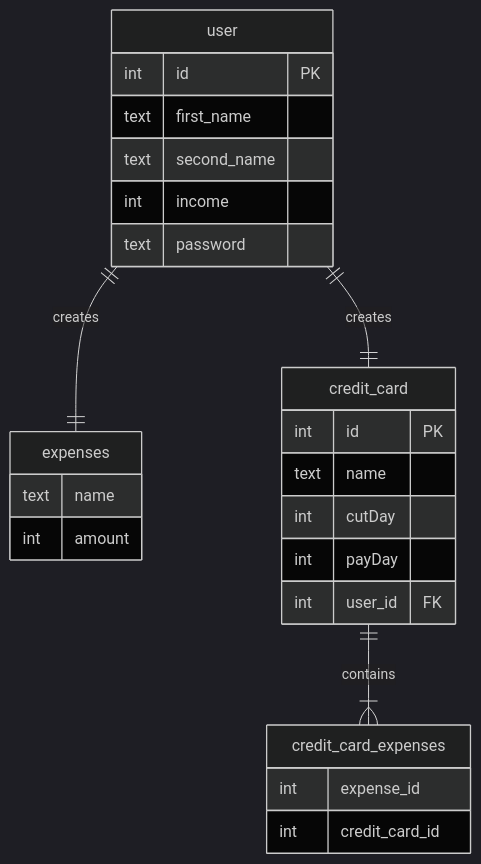
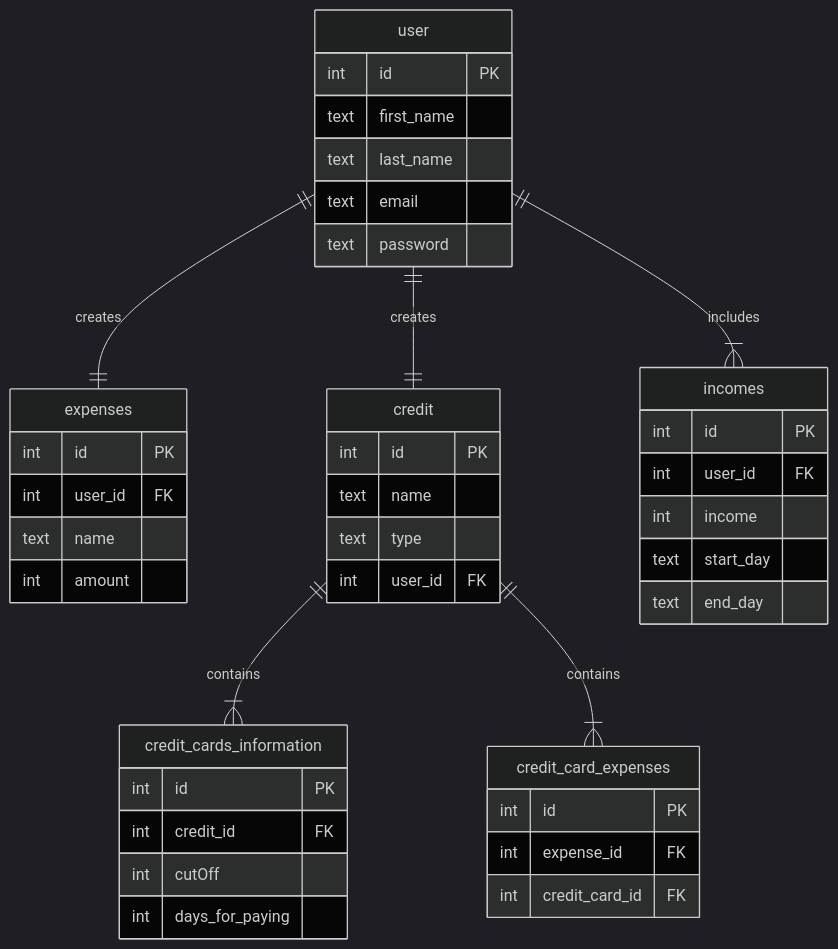
One commit to AguilarAS/track-expenses changed the second of 2 diagrams in README.md. Above: the diagram before and after it, drawn with Mermaid. The commit also changed other lines of this file, not shown here.

````diff
--- a/README.md
+++ b/README.md
@@ -47,32 +47,49 @@
 ```mermaid
 %%{init: {'theme':'dark'}}%%
 erDiagram
     user ||--|| expenses : creates
-    user ||--|| credit_card : creates
+    user ||--|| credit : creates
+    user ||--|{ incomes : includes
     user {
         int id PK
         text first_name
-        text second_name
-        int income
+        text last_name
+        text email
         text password
     }
-    
-    credit_card ||--|{ credit_card_expenses : contains
-    credit_card {
+    incomes {
+        int id PK
+        int user_id FK
+        int income
+        text start_day
+        text end_day
+    }
+
+    credit {
         int id PK
         text name
-        int cutDay
-        int payDay
+        text type
         int user_id FK
 
     }
+    credit ||--|{ credit_cards_information : contains
+    credit_cards_information {
+        int id PK
+        int credit_id FK
+        int cutOff
+        int days_for_paying
+    }
+    credit ||--|{ credit_card_expenses : contains
     expenses {
+        int id PK
+        int user_id FK
         text name
         int amount
     }
     credit_card_expenses {
-        int expense_id
-        int credit_card_id
+        int id PK
+        int expense_id FK
+        int credit_card_id FK
     }
 
 ```
````
